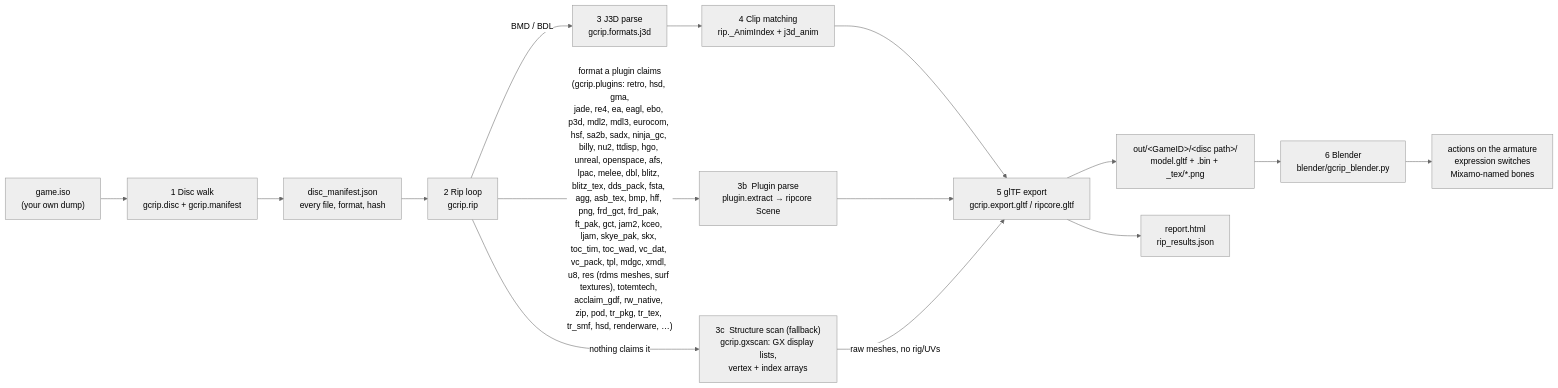
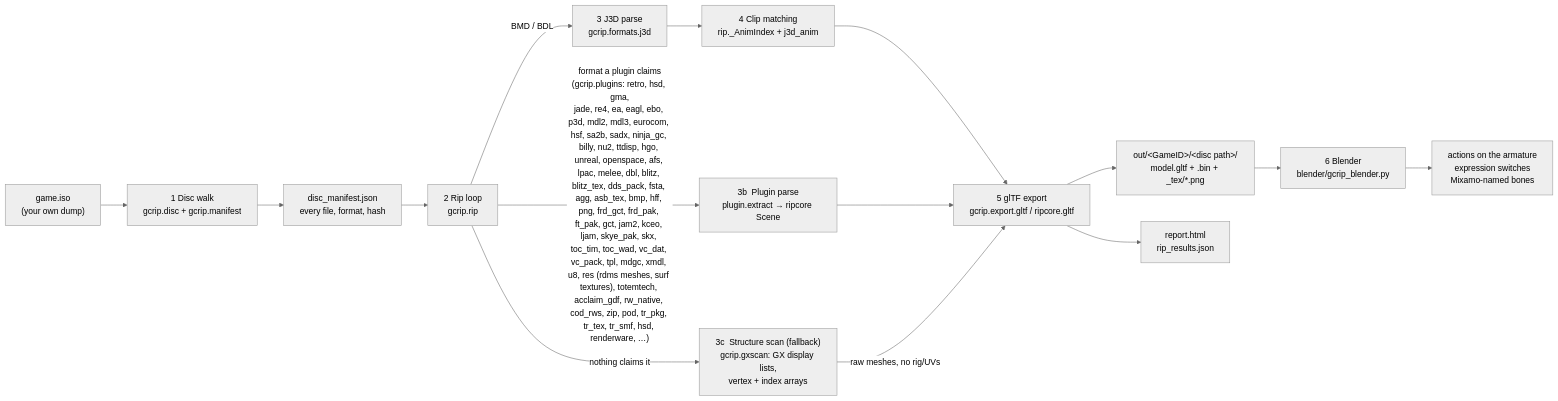
One commit to Felbs/3d-ripper-9000 changed the first of 10 diagrams in docs/PIPELINE.md. Above: the diagram before and after it, drawn with Mermaid (neutral theme). The commit also changed 6 other files, not shown here.

First line of the commit message:
gcrip cod_rws: Call of Duty's .rws are RenderWare levels behind an 8-byte header

````diff
--- a/docs/PIPELINE.md
+++ b/docs/PIPELINE.md
@@ -11,17 +11,17 @@
 ```mermaid
 flowchart LR
     ISO["game.iso<br/>(your own dump)"] --> WALK["1  Disc walk<br/>gcrip.disc + gcrip.manifest"]
     WALK --> MAN["disc_manifest.json<br/>every file, format, hash"]
     MAN --> RIP["2  Rip loop<br/>gcrip.rip"]
     RIP -->|"BMD / BDL"| J3D["3  J3D parse<br/>gcrip.formats.j3d"]
-    RIP -->|"format a plugin claims<br/>(gcrip.plugins: retro, hsd, gma,<br/>jade, re4, ea, eagl, ebo, p3d, mdl2, mdl3, eurocom, hsf, sa2b, sadx, ninja_gc, billy, nu2, ttdisp, hgo, unreal, openspace, afs, lpac, melee, dbl, blitz, blitz_tex, dds_pack, fsta, agg, asb_tex, bmp, hff, png, frd_gct, frd_pak, ft_pak, gct, jam2, kceo, ljam, skye_pak, skx, toc_tim, toc_wad, vc_dat, vc_pack, tpl, mdgc, xmdl, u8, res (rdms meshes, surf textures), totemtech, acclaim_gdf, rw_native, zip, pod, tr_pkg, tr_tex, tr_smf, hsd, renderware, …)"| PLUG["3b  Plugin parse<br/>plugin.extract → ripcore Scene"]
+    RIP -->|"format a plugin claims<br/>(gcrip.plugins: retro, hsd, gma,<br/>jade, re4, ea, eagl, ebo, p3d, mdl2, mdl3, eurocom, hsf, sa2b, sadx, ninja_gc, billy, nu2, ttdisp, hgo, unreal, openspace, afs, lpac, melee, dbl, blitz, blitz_tex, dds_pack, fsta, agg, asb_tex, bmp, hff, png, frd_gct, frd_pak, ft_pak, gct, jam2, kceo, ljam, skye_pak, skx, toc_tim, toc_wad, vc_dat, vc_pack, tpl, mdgc, xmdl, u8, res (rdms meshes, surf textures), totemtech, acclaim_gdf, rw_native, cod_rws, zip, pod, tr_pkg, tr_tex, tr_smf, hsd, renderware, …)"| PLUG["3b  Plugin parse<br/>plugin.extract → ripcore Scene"]
     RIP -->|"nothing claims it"| GX["3c  Structure scan (fallback)<br/>gcrip.gxscan: GX display lists,<br/>vertex + index arrays"]
     J3D --> ANIM["4  Clip matching<br/>rip._AnimIndex + j3d_anim"]
     ANIM --> GLTF["5  glTF export<br/>gcrip.export.gltf / ripcore.gltf"]
     PLUG --> GLTF
     GX -->|"raw meshes, no rig/UVs"| GLTF
     GLTF --> OUT["out/&lt;GameID&gt;/&lt;disc path&gt;/<br/>model.gltf + .bin + _tex/*.png"]
     GLTF --> REP["report.html<br/>rip_results.json"]
     OUT --> BL["6  Blender<br/>blender/gcrip_blender.py"]
     BL --> PLAY["actions on the armature<br/>expression switches<br/>Mixamo-named bones"]
 ```
````
